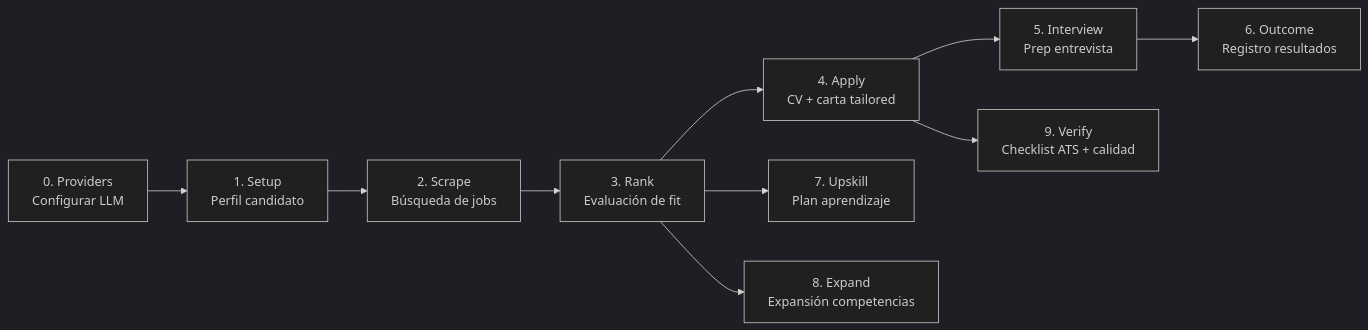
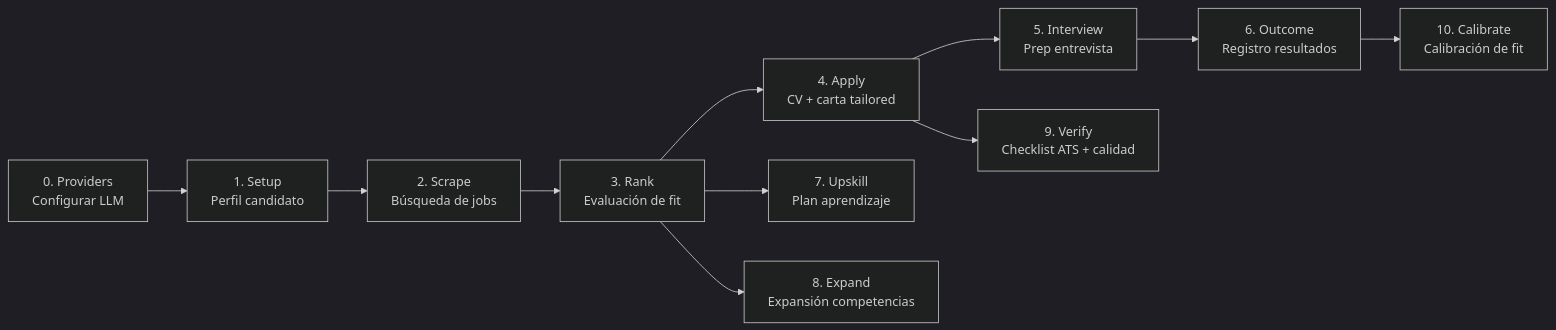
The diagram in README.md (AntonyML/open-ai-jobs-search-fastapi-backend), drawn with Mermaid (dark theme) before and after one commit. The commit also changed other lines of this file, not shown here.

````diff
--- a/README.md
+++ b/README.md
@@ -98,12 +98,13 @@
 ```mermaid
 flowchart LR
     A[0. Providers<br/>Configurar LLM] --> B[1. Setup<br/>Perfil candidato]
     B --> C[2. Scrape<br/>Búsqueda de jobs]
     C --> D[3. Rank<br/>Evaluación de fit]
     D --> E[4. Apply<br/>CV + carta tailored]
     D --> H[7. Upskill<br/>Plan aprendizaje]
     D --> I[8. Expand<br/>Expansión competencias]
     E --> F[5. Interview<br/>Prep entrevista]
     F --> G[6. Outcome<br/>Registro resultados]
     E --> J[9. Verify<br/>Checklist ATS + calidad]
+    G --> K[10. Calibrate<br/>Calibración de fit]
 ```
````
